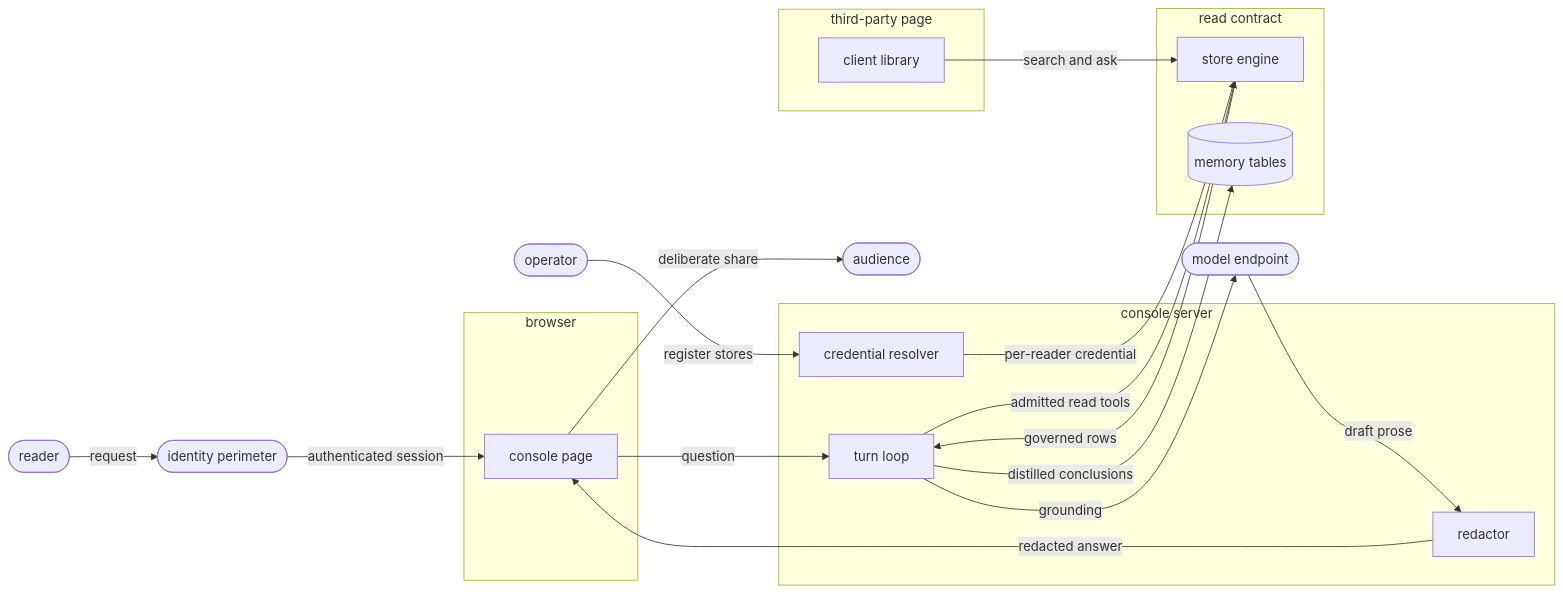
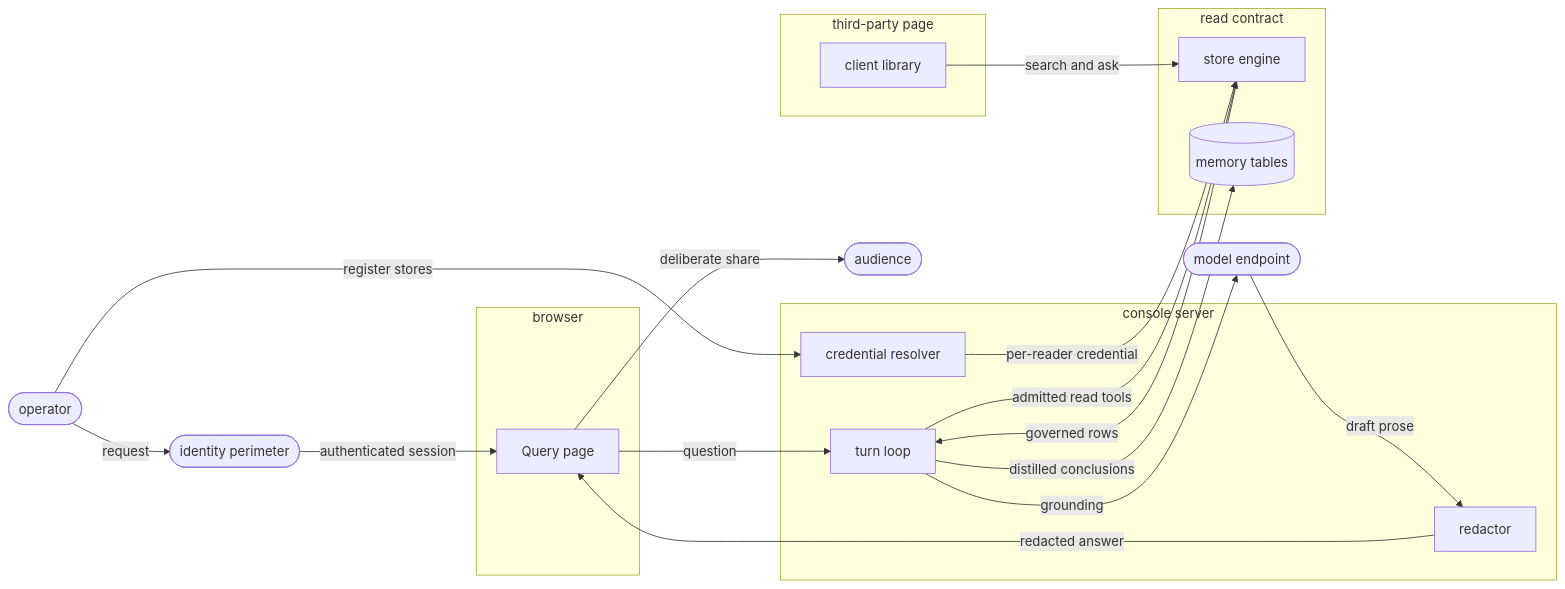
Before and after one commit to fractalboxdev/contextful: the first of 6 diagrams in spec/71-console.md, drawn with Mermaid. The commit also changed other lines of this file and 11 other files, not shown here.

Commit message:
spec(surface): define operator console pages and access gates

````diff
--- a/spec/71-console.md
+++ b/spec/71-console.md
@@ -28,31 +29,31 @@
 ```mermaid
 flowchart LR
-  RD(["reader"]) -->|"request"| PER(["identity perimeter"])
+  OP(["operator"]) -->|"request"| PER(["identity perimeter"])
   PER -->|"authenticated session"| PAGE
-  OPS(["operator"]) -->|"register stores"| CRED
+  OP -->|"register stores"| CRED
   subgraph browser["browser"]
-    PAGE["console page"]
+    PAGE["Query page"]
   end
   subgraph server["console server"]
     CRED["credential resolver"]
     TURN["turn loop"]
     RED["redactor"]
   end
   subgraph read["read contract"]
     STORE["store engine"]
     MEM[("memory tables")]
   end
   subgraph thirdparty["third-party page"]
     LIB["client library"]
   end
   PAGE -->|"question"| TURN
   CRED -->|"per-reader credential"| STORE
   TURN -->|"admitted read tools"| STORE
   STORE -->|"governed rows"| TURN
   TURN -->|"grounding"| MODEL(["model endpoint"])
   MODEL -->|"draft prose"| RED
   RED -->|"redacted answer"| PAGE
   TURN -->|"distilled conclusions"| MEM
   LIB -->|"search and ask"| STORE
   PAGE -->|"deliberate share"| AUD(["audience"])
 ```
````
